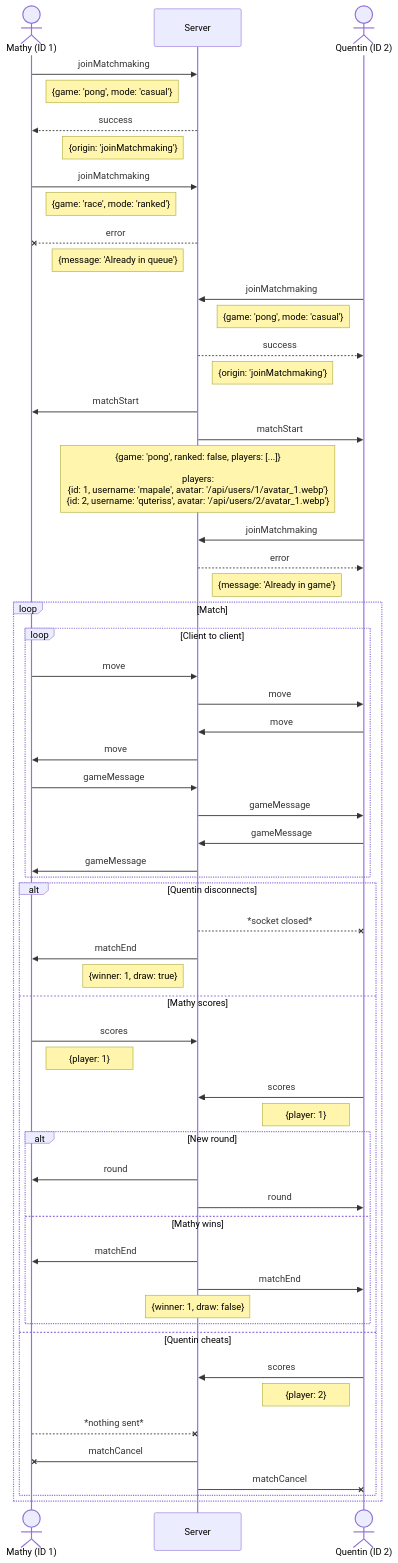
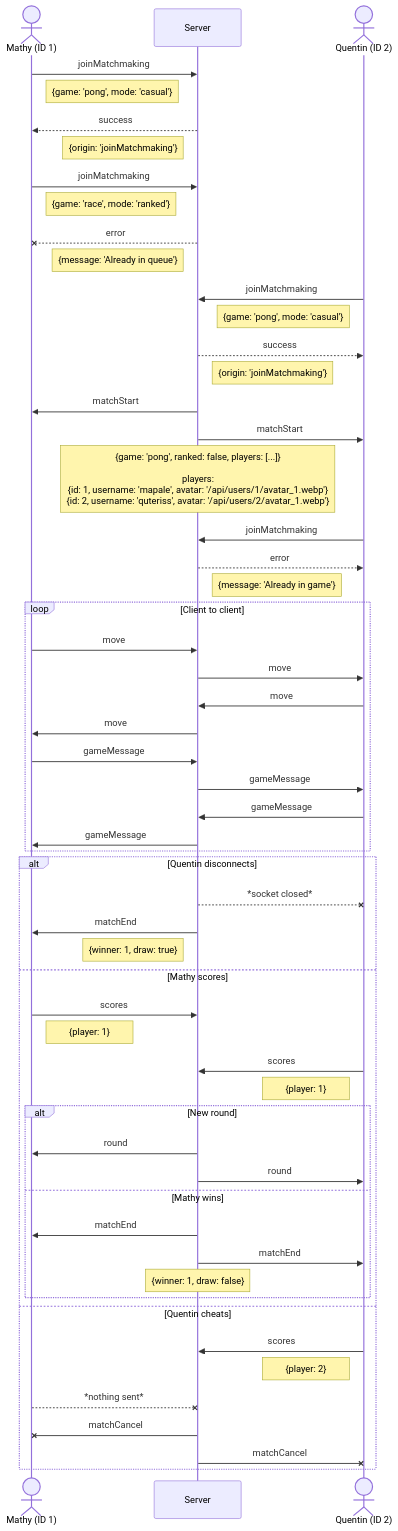
One commit to deydoux/42cursus-ft_transcendence changed the diagram in docs/WebSocket/match.md. Above: the diagram before and after it, drawn with Mermaid.

Commit message:
docs: simplify client-to-client interaction flow in matchmaking sequence diagram

````diff
--- a/docs/WebSocket/match.md
+++ b/docs/WebSocket/match.md
@@ -1,71 +1,69 @@
 ```mermaid
 sequenceDiagram
   actor m as Mathy (ID 1)
   participant s as Server
   actor q as Quentin (ID 2)
 
   m ->> s: joinMatchmaking
   Note right of m: {game: 'pong', mode: 'casual'}
   s -->> m: success
   Note left of s: {origin: 'joinMatchmaking'}
 
   m ->> s: joinMatchmaking
   Note right of m: {game: 'race', mode: 'ranked'}
   s --x m: error
   Note left of s: {message: 'Already in queue'}
 
   q ->> s: joinMatchmaking
   Note left of q: {game: 'pong', mode: 'casual'}
   s -->> q: success
   Note right of s: {origin: 'joinMatchmaking'}
 
   s ->> m: matchStart
   s ->> q: matchStart
   Note over s: {game: 'pong', ranked: false, players: [...]}<br><br> players:<br>{id: 1, username: 'mapale', avatar: '/api/users/1/avatar_1.webp'}<br>{id: 2, username: 'quteriss', avatar: '/api/users/2/avatar_1.webp'}
 
   q ->> s: joinMatchmaking
   s -->> q: error
   Note right of s: {message: 'Already in game'}
 
-  loop Match
-    loop Client to client
-      m ->> s: move
-      s ->> q: move
-      q ->> s: move
-      s ->> m: move
+  loop Client to client
+    m ->> s: move
+    s ->> q: move
+    q ->> s: move
+    s ->> m: move
 
-      m ->> s: gameMessage
-      s ->> q: gameMessage
-      q ->> s: gameMessage
-      s ->> m: gameMessage
+    m ->> s: gameMessage
+    s ->> q: gameMessage
+    q ->> s: gameMessage
+    s ->> m: gameMessage
+  end
+
+  alt Quentin disconnects
+    s --x q: *socket closed*
+    s ->> m: matchEnd
+    Note left of s: {winner: 1, draw: true}
+
+  else Mathy scores
+    m ->> s: scores
+    Note right of m: {player: 1}
+    q ->> s: scores
+    Note left of q: {player: 1}
+
+    alt New round
+      s ->> m: round
+      s ->> q: round
+    else Mathy wins
+      s ->> m: matchEnd
+      s ->> q: matchEnd
+      Note over s: {winner: 1, draw: false}
     end
 
-    alt Quentin disconnects
-      s --x q: *socket closed*
-      s ->> m: matchEnd
-      Note left of s: {winner: 1, draw: true}
-
-    else Mathy scores
-      m ->> s: scores
-      Note right of m: {player: 1}
-      q ->> s: scores
-      Note left of q: {player: 1}
-
-      alt New round
-        s ->> m: round
-        s ->> q: round
-      else Mathy wins
-        s ->> m: matchEnd
-        s ->> q: matchEnd
-        Note over s: {winner: 1, draw: false}
-      end
-
-    else Quentin cheats
-      q ->> s: scores
-      Note left of q: {player: 2}
-      m --x s: *nothing sent*
-      s -x m: matchCancel
-      s -x q: matchCancel
-    end
+  else Quentin cheats
+    q ->> s: scores
+    Note left of q: {player: 2}
+    m --x s: *nothing sent*
+    s -x m: matchCancel
+    s -x q: matchCancel
   end
 ```
````
